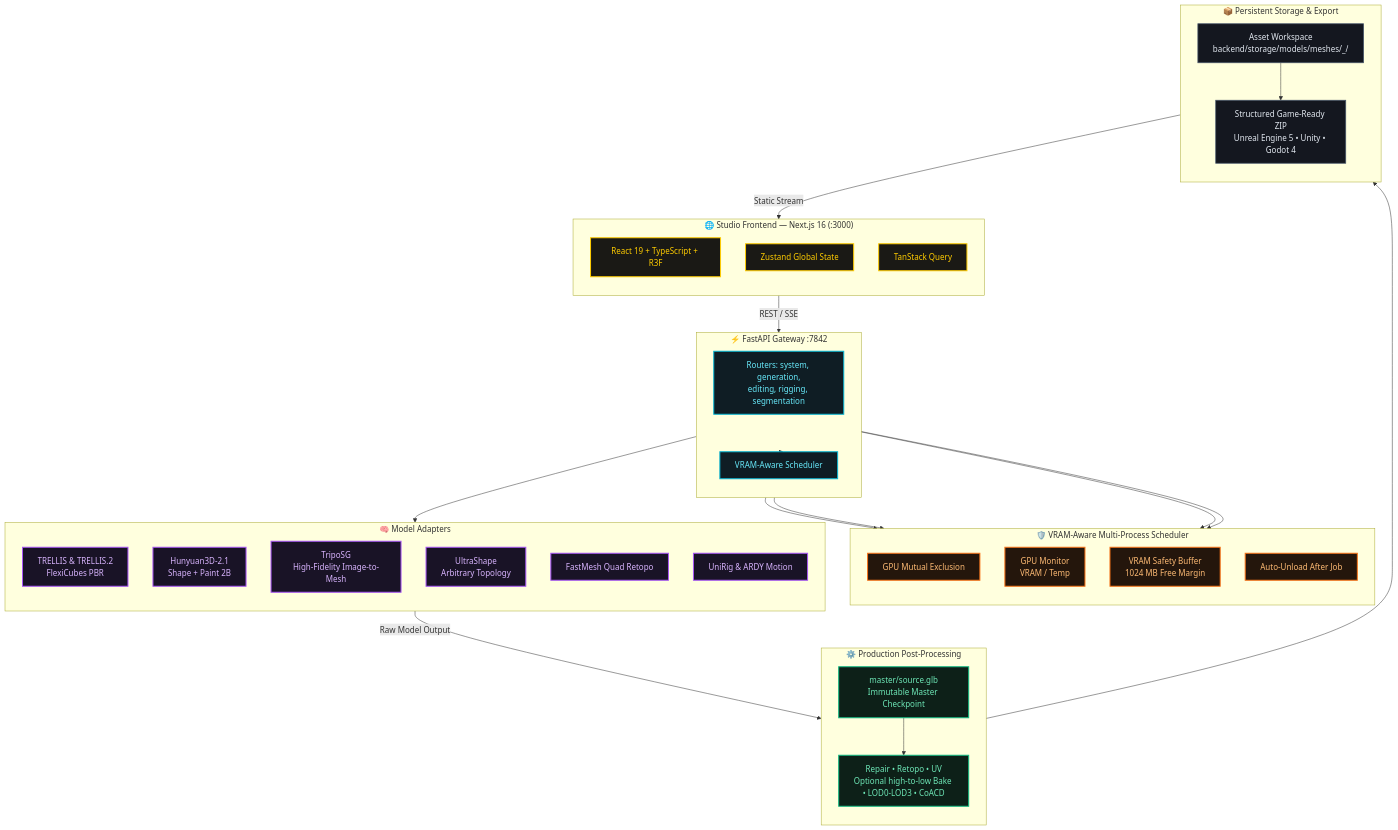
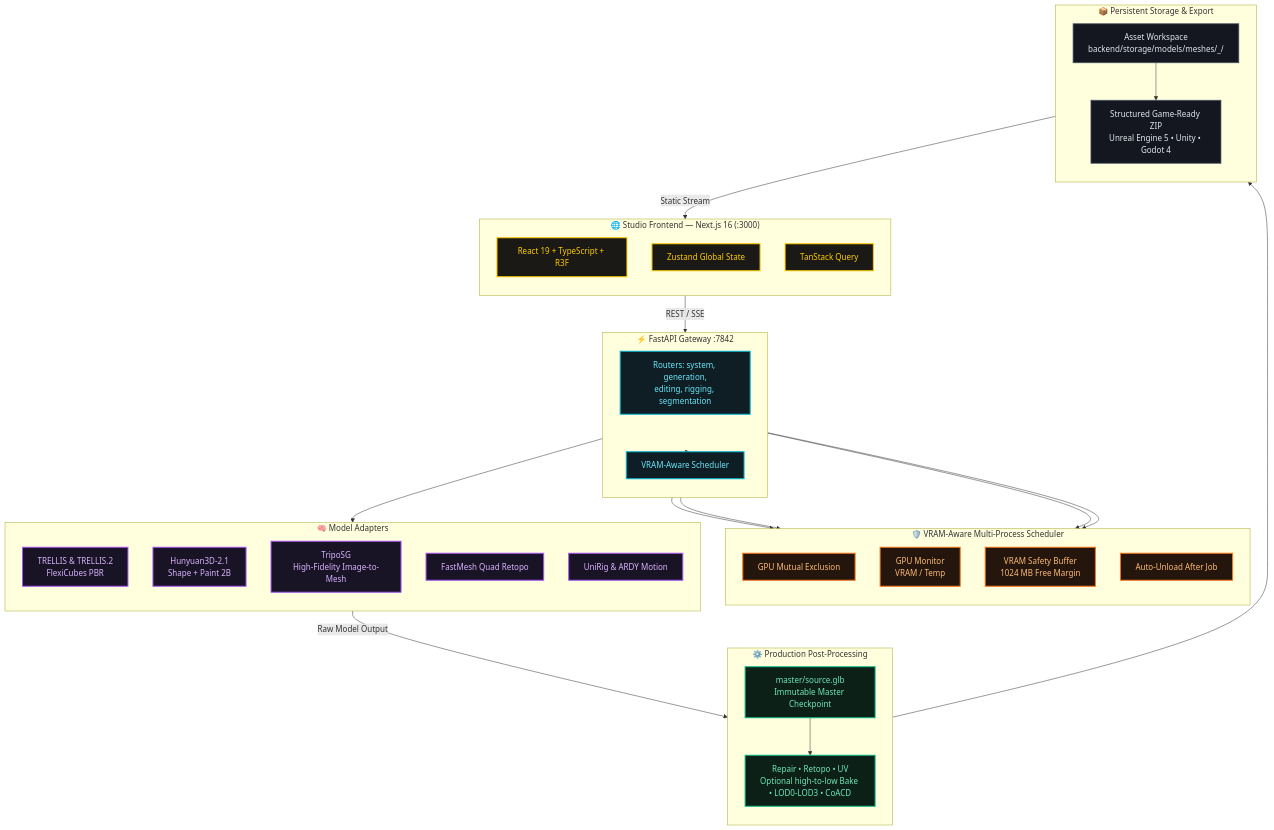
Before and after one commit to Silentzx2/ForMash3D: the first of 3 diagrams in Docs/SYSTEM-BLUEPRINT.md, drawn with Mermaid. The commit also changed other lines of this file and 24 other files, not shown here.

````diff
--- a/Docs/SYSTEM-BLUEPRINT.md
+++ b/Docs/SYSTEM-BLUEPRINT.md
@@ -38,65 +38,64 @@
 ```mermaid
 graph TD
     classDef gold fill:#1a1915,stroke:#ffcc00,stroke-width:2px,color:#ffcc00;
     classDef cyan fill:#0f1d24,stroke:#06b6d4,stroke-width:2px,color:#67e8f9;
     classDef purple fill:#191326,stroke:#a855f7,stroke-width:2px,color:#d8b4fe;
     classDef green fill:#0d2018,stroke:#10b981,stroke-width:2px,color:#6ee7b7;
     classDef orange fill:#24160c,stroke:#f97316,stroke-width:2px,color:#fdba74;
     classDef slate fill:#14171f,stroke:#475569,stroke-width:1.5px,color:#e2e8f0;
 
     subgraph Client["🌐 Studio Frontend — Next.js 16 (:3000)"]
         direction TB
         UI["React 19 + TypeScript + R3F"]:::gold
         STATE["Zustand Global State"]:::gold
         QUERY["TanStack Query"]:::gold
     end
 
     subgraph Gateway["⚡ FastAPI Gateway :7842"]
         direction TB
         API["Routers: system, generation,<br/>editing, rigging, segmentation"]:::cyan
         SCHED["VRAM-Aware Scheduler"]:::cyan
     end
 
     subgraph S["🛡️ VRAM-Aware Multi-Process Scheduler"]
         direction TB
         GPU_LOCK["GPU Mutual Exclusion"]:::orange
         MONITOR["GPU Monitor<br/>VRAM / Temp"]:::orange
         SAFETY["VRAM Safety Buffer<br/>1024 MB Free Margin"]:::orange
         AUTO_UNLOAD["Auto-Unload After Job"]:::orange
     end
 
     subgraph Adapters["🧠 Model Adapters"]
         direction TB
         TRELLIS["TRELLIS & TRELLIS.2<br/>FlexiCubes PBR"]:::purple
         HUNY["Hunyuan3D-2.1<br/>Shape + Paint 2B"]:::purple
         TRIPO["TripoSG<br/>High-Fidelity Image-to-Mesh"]:::purple
-        US["UltraShape<br/>Arbitrary Topology"]:::purple
         FM["FastMesh Quad Retopo"]:::purple
         UR["UniRig & ARDY Motion"]:::purple
     end
 
     subgraph PostProcess["⚙️ Production Post-Processing"]
         direction TB
         CHECK["master/source.glb<br/>Immutable Master Checkpoint"]:::green
         FINISH["Repair • Retopo • UV<br/>Optional high-to-low Bake • LOD0-LOD3 • CoACD"]:::green
     end
 
     subgraph Storage["📦 Persistent Storage & Export"]
         direction TB
         LOCAL["Asset Workspace<br/>backend/storage/models/meshes/<asset>_<job_id>/"]:::slate
         ZIP["Structured Game-Ready ZIP<br/>Unreal Engine 5 • Unity • Godot 4"]:::slate
     end
 
     Client -- "REST / SSE" --> Gateway
     Gateway --> SCHED
     SCHED --> GPU_LOCK
     SCHED --> MONITOR
     SCHED --> SAFETY
     SCHED --> AUTO_UNLOAD
     SCHED --> Adapters
     Adapters -->|Raw Model Output| CHECK
     CHECK --> FINISH
     FINISH --> LOCAL
     LOCAL --> ZIP
     LOCAL -- "Static Stream" --> Client
 ```
````
